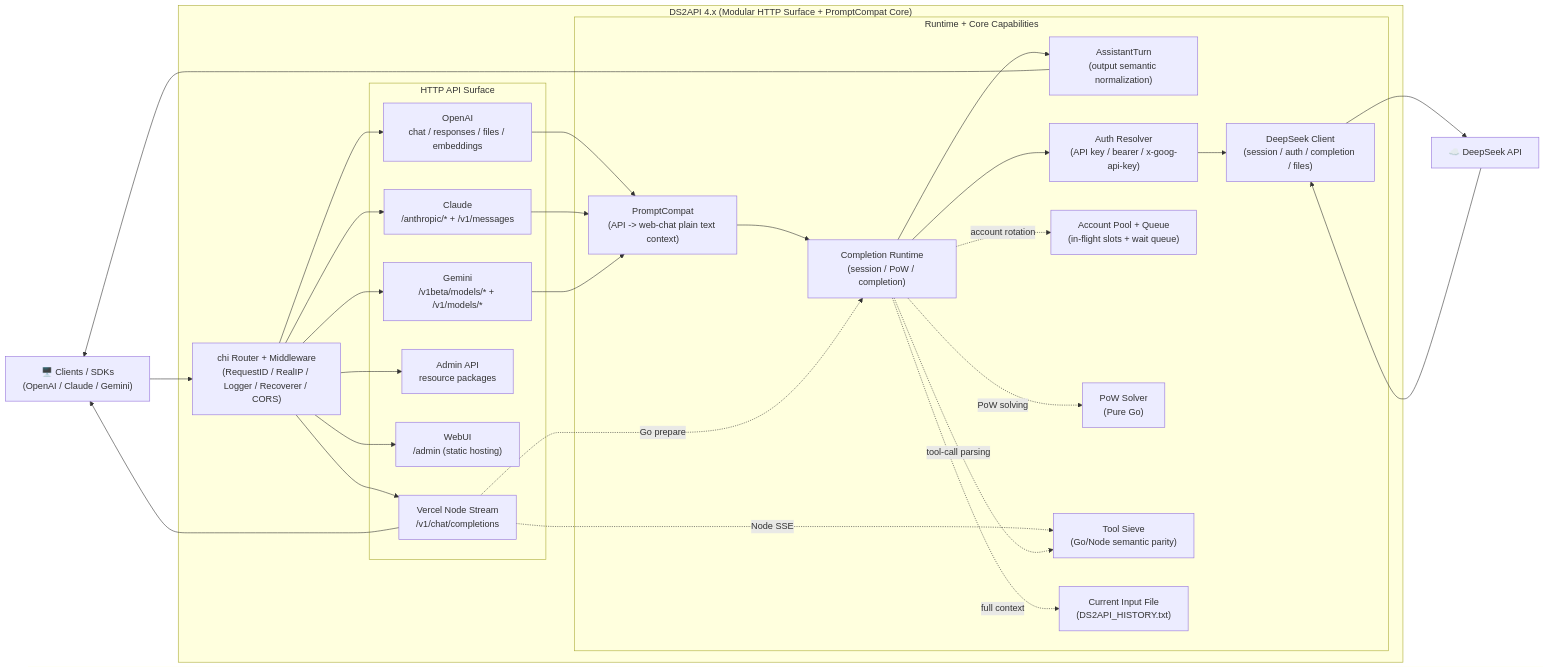
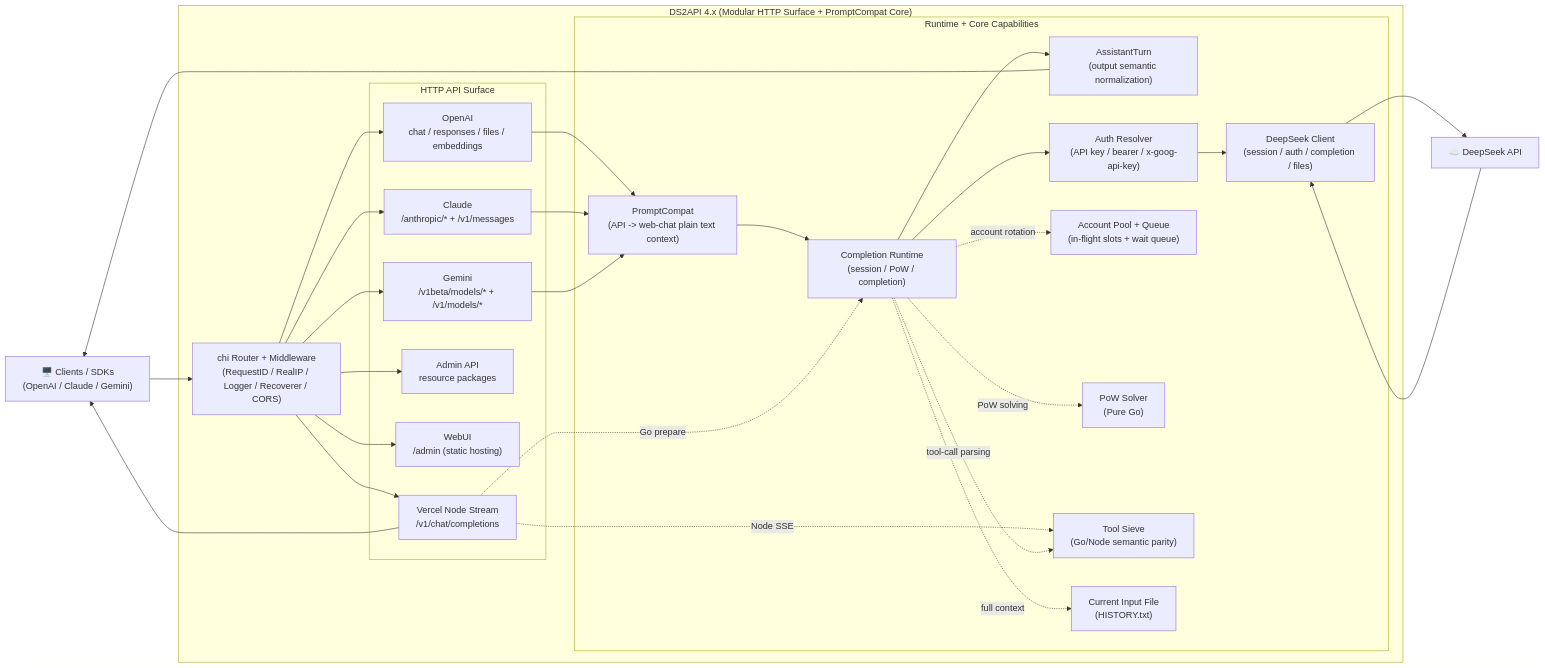
The diagram in README.en.md (ikun5200/ds2api), drawn with Mermaid before and after one commit. The commit also changed other lines of this file and 20 other files, not shown here.

````diff
--- a/README.en.md
+++ b/README.en.md
@@ -65,53 +65,53 @@
 ```mermaid
 flowchart LR
     Client["🖥️ Clients / SDKs\n(OpenAI / Claude / Gemini)"]
     Upstream["☁️ DeepSeek API"]
 
     subgraph DS2API["DS2API 4.x (Modular HTTP Surface + PromptCompat Core)"]
         Router["chi Router + Middleware\n(RequestID / RealIP / Logger / Recoverer / CORS)"]
 
         subgraph HTTP["HTTP API Surface"]
             OA["OpenAI\nchat / responses / files / embeddings"]
             CA["Claude\n/anthropic/* + /v1/messages"]
             GA["Gemini\n/v1beta/models/* + /v1/models/*"]
             Admin["Admin API\nresource packages"]
             WebUI["WebUI\n/admin (static hosting)"]
             Vercel["Vercel Node Stream\n/v1/chat/completions"]
         end
 
         subgraph Runtime["Runtime + Core Capabilities"]
             Compat["PromptCompat\n(API -> web-chat plain text context)"]
             Completion["Completion Runtime\n(session / PoW / completion)"]
             Turn["AssistantTurn\n(output semantic normalization)"]
             Auth["Auth Resolver\n(API key / bearer / x-goog-api-key)"]
             Pool["Account Pool + Queue\n(in-flight slots + wait queue)"]
             DSClient["DeepSeek Client\n(session / auth / completion / files)"]
             Pow["PoW Solver\n(Pure Go)"]
             Tool["Tool Sieve\n(Go/Node semantic parity)"]
-            History["Current Input File\n(DS2API_HISTORY.txt)"]
+            History["Current Input File\n(HISTORY.txt)"]
         end
     end
 
     Client --> Router
     Router --> OA & CA & GA
     Router --> Admin
     Router --> WebUI
     Router --> Vercel
 
     OA --> Compat
     CA & GA --> Compat
     Compat --> Completion
     Completion -.full context.-> History
     Completion --> Turn
     Vercel -.Go prepare.-> Completion
     Vercel -.Node SSE.-> Tool
     Completion --> Auth
     Completion -.account rotation.-> Pool
     Completion -.tool-call parsing.-> Tool
     Completion -.PoW solving.-> Pow
     Auth --> DSClient
     DSClient --> Upstream
     Upstream --> DSClient
     Turn --> Client
     Vercel --> Client
 ```
````
